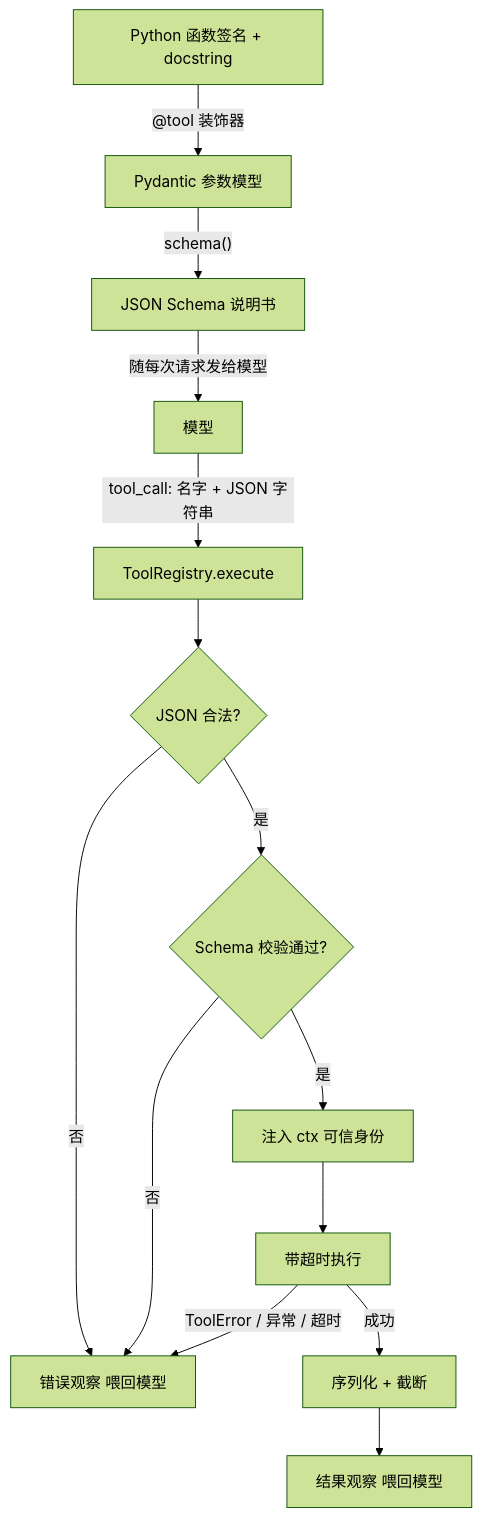
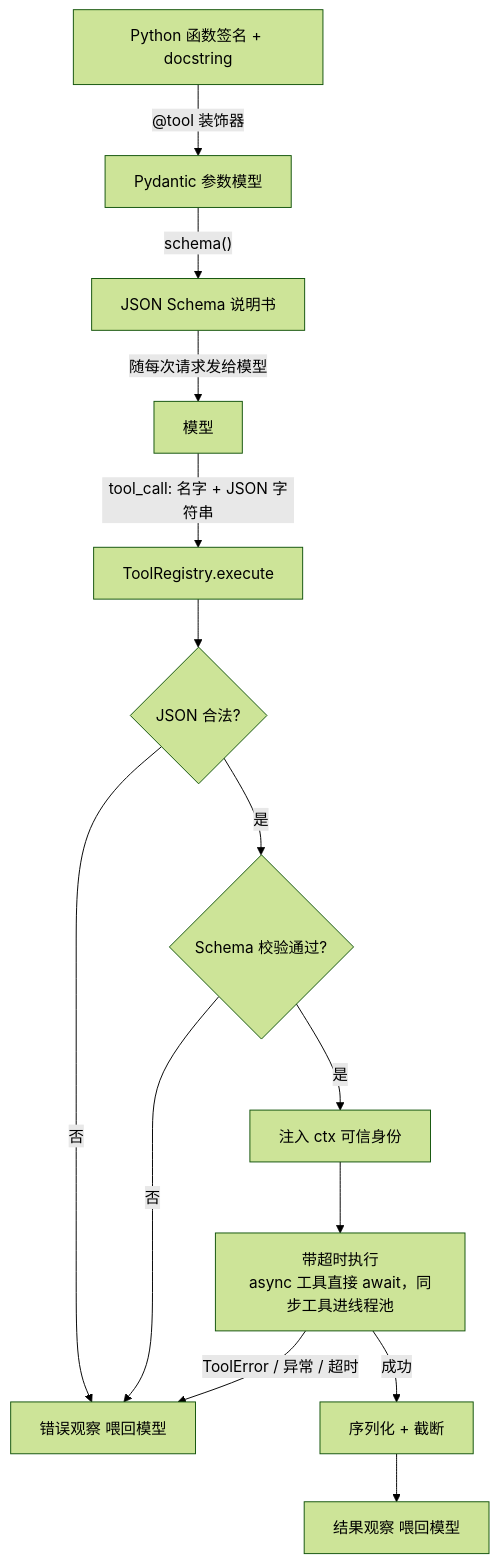
One commit to heaven999b/hello-agent-system changed the first of 3 diagrams in lessons/03_tools/README.md. Above: the diagram before and after it, drawn with Mermaid (forest theme). The commit also changed other lines of this file and 78 other files, not shown here.

````diff
--- a/lessons/03_tools/README.md
+++ b/lessons/03_tools/README.md
@@ -47,16 +47,16 @@
 ```mermaid
 flowchart TD
     F["Python 函数签名 + docstring"] -->|"@tool 装饰器"| P["Pydantic 参数模型"]
     P -->|"schema()"| S["JSON Schema 说明书"]
     S -->|"随每次请求发给模型"| M["模型"]
     M -->|"tool_call: 名字 + JSON 字符串"| E["ToolRegistry.execute"]
     E --> J{"JSON 合法?"}
     J -->|"否"| OBS["错误观察 喂回模型"]
     J -->|"是"| V{"Schema 校验通过?"}
     V -->|"否"| OBS
     V -->|"是"| C["注入 ctx 可信身份"]
-    C --> R["带超时执行"]
+    C --> R["带超时执行<br/>async 工具直接 await，同步工具进线程池"]
     R -->|"ToolError / 异常 / 超时"| OBS
     R -->|"成功"| T["序列化 + 截断"]
     T --> OK["结果观察 喂回模型"]
 ```
````
